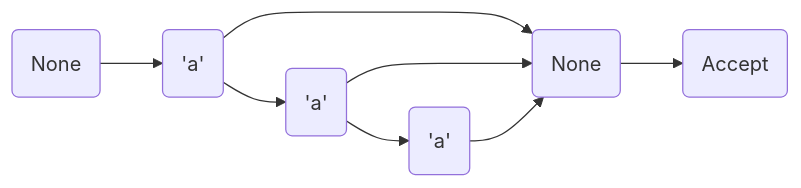
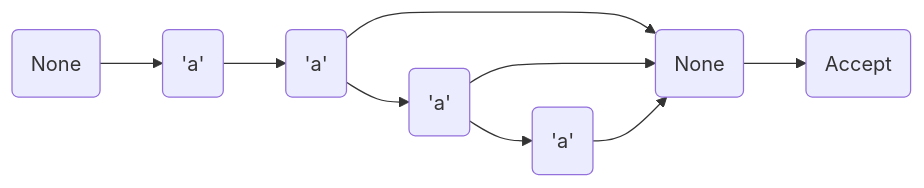
The eighth of 10 diagrams in README.md (ellabellla/reginald), drawn with Mermaid before and after one commit. The commit also changed other lines of this file, not shown here.

Commit message:
+ better {} example & + escapes

````diff
--- a/README.md
+++ b/README.md
@@ -141,16 +141,18 @@
 ```mermaid
 flowchart LR
-    0(None)
-    0-->1
-    1('a')
-    1-->2
-    1-->3
-    2(None)
-    2-->5
-    3('a')
-    3-->2
-    3-->4
-    4('a')
-    4-->2
-    5(Accept)
+	0(None)
+	0-->1
+	1('a')
+	1-->2
+	2('a')
+	2-->3
+	2-->4
+	3(None)
+	3-->6
+	4('a')
+	4-->3
+	4-->5
+	5('a')
+	5-->3
+	6(Accept)
 ```
````
